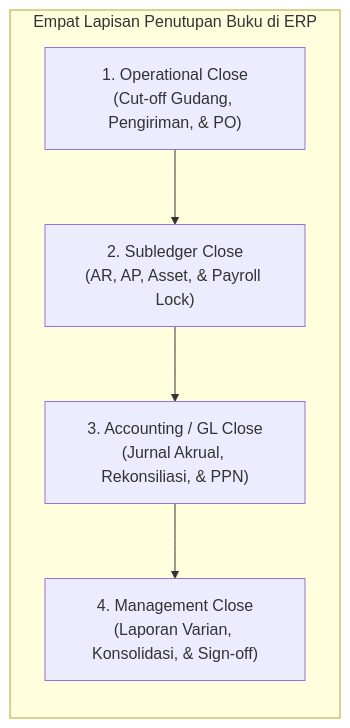
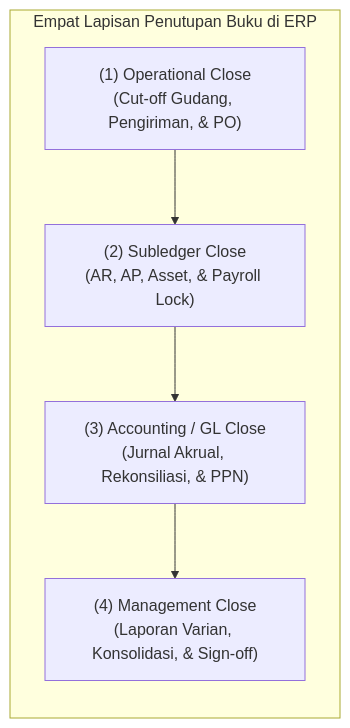
Before and after one commit to alimurrofid/erp-notes: the first of 3 diagrams in content/07-finance/financial-closing.md, drawn with Mermaid. The commit also changed 132 other files, not shown here.

````diff
--- a/content/07-finance/financial-closing.md
+++ b/content/07-finance/financial-closing.md
@@ -9,10 +9,10 @@
 ```mermaid
 flowchart LR
     subgraph ClosingLayers["Empat Lapisan Penutupan Buku di ERP"]
-        Ops["1. Operational Close<br/>(Cut-off Gudang, Pengiriman, & PO)"]
-        Sub["2. Subledger Close<br/>(AR, AP, Asset, & Payroll Lock)"]
-        GL["3. Accounting / GL Close<br/>(Jurnal Akrual, Rekonsiliasi, & PPN)"]
-        Mgmt["4. Management Close<br/>(Laporan Varian, Konsolidasi, & Sign-off)"]
+        Ops["(1) Operational Close<br/>(Cut-off Gudang, Pengiriman, & PO)"]
+        Sub["(2) Subledger Close<br/>(AR, AP, Asset, & Payroll Lock)"]
+        GL["(3) Accounting / GL Close<br/>(Jurnal Akrual, Rekonsiliasi, & PPN)"]
+        Mgmt["(4) Management Close<br/>(Laporan Varian, Konsolidasi, & Sign-off)"]
     end
     Ops --> Sub --> GL --> Mgmt
 ```
````
